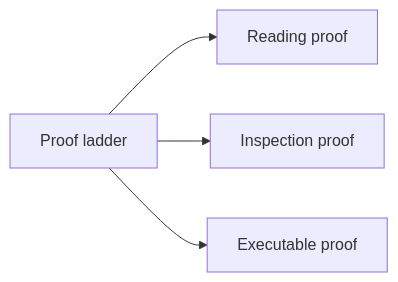
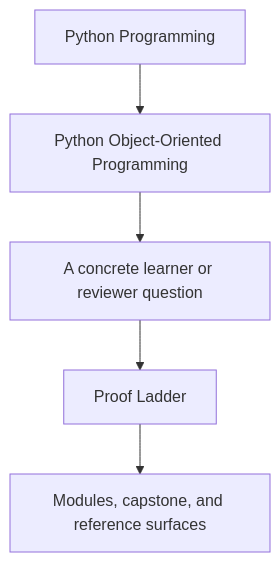
Before and after one commit to bijux/bijux-masterclass: the first of 2 diagrams in programs/python-programming/python-object-oriented-programming/course-book/guides/proof-ladder.md, drawn with Mermaid. The commit also changed other lines of this file and 23 other files, not shown here.

Commit message:
docs(python-object-oriented-programming): sharpen guide and reference diagrams

````diff
--- a/programs/python-programming/python-object-oriented-programming/course-book/guides/proof-ladder.md
+++ b/programs/python-programming/python-object-oriented-programming/course-book/guides/proof-ladder.md
@@ -7,11 +7,7 @@
 ```mermaid
-graph LR
-  ladder["Proof ladder"]
-  read["Reading proof"]
-  inspect["Inspection proof"]
-  execute["Executable proof"]
-
-  ladder --> read
-  ladder --> inspect
-  ladder --> execute
+flowchart TD
+  family["Python Programming"] --> program["Python Object-Oriented Programming"]
+  program --> pressure["A concrete learner or reviewer question"]
+  pressure --> guide["Proof Ladder"]
+  guide --> next["Modules, capstone, and reference surfaces"]
 ```
````
